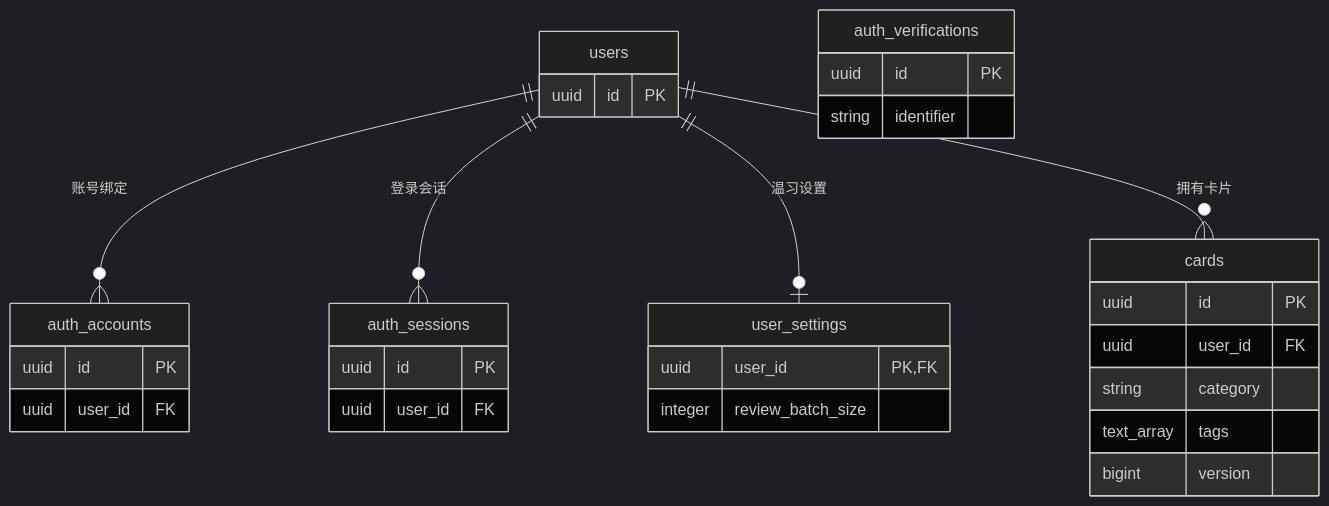
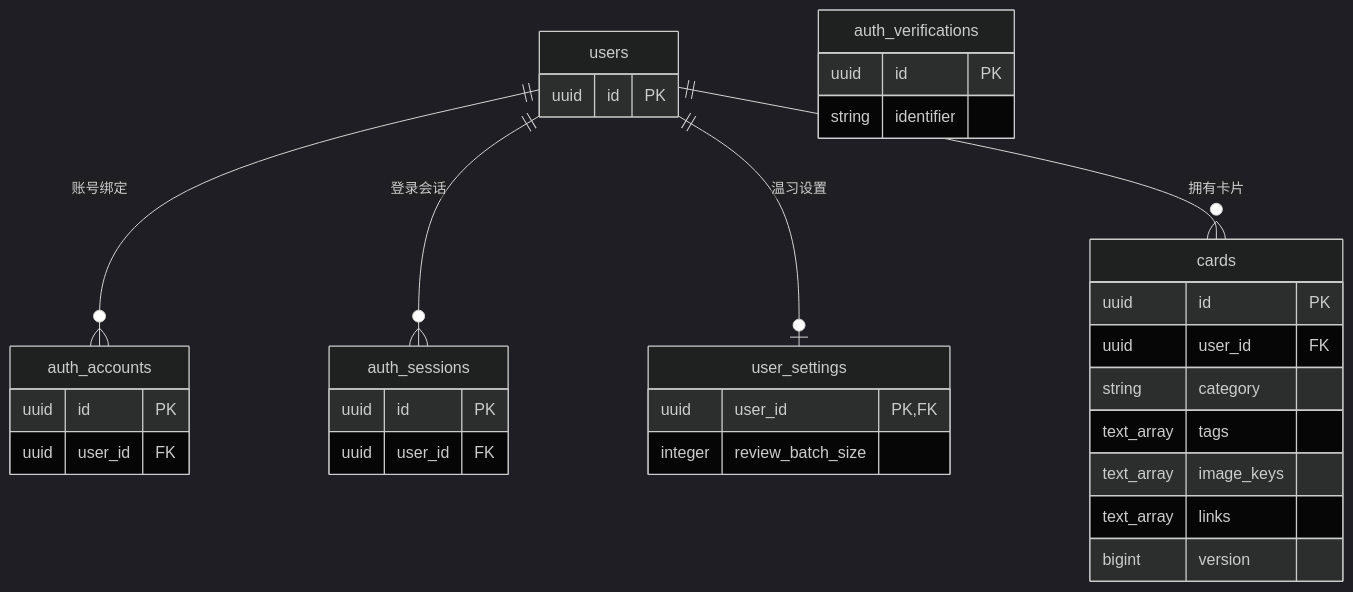
Before and after one commit to guguphoenix707/wenxi-club: the first of 5 diagrams in docs/db.md, drawn with Mermaid (dark theme). The commit also changed other lines of this file, not shown here.

````diff
--- a/docs/db.md
+++ b/docs/db.md
@@ -55,33 +55,35 @@
 ```mermaid
 erDiagram
     users ||--o{ auth_accounts : "账号绑定"
     users ||--o{ auth_sessions : "登录会话"
     users ||--o| user_settings : "温习设置"
     users ||--o{ cards : "拥有卡片"
     users {
         uuid id PK
     }
     auth_accounts {
         uuid id PK
         uuid user_id FK
     }
     auth_sessions {
         uuid id PK
         uuid user_id FK
     }
     auth_verifications {
         uuid id PK
         string identifier
     }
     user_settings {
         uuid user_id PK,FK
         integer review_batch_size
     }
     cards {
         uuid id PK
         uuid user_id FK
         string category
         text_array tags
+        text_array image_keys
+        text_array links
         bigint version
     }
 ```
````
